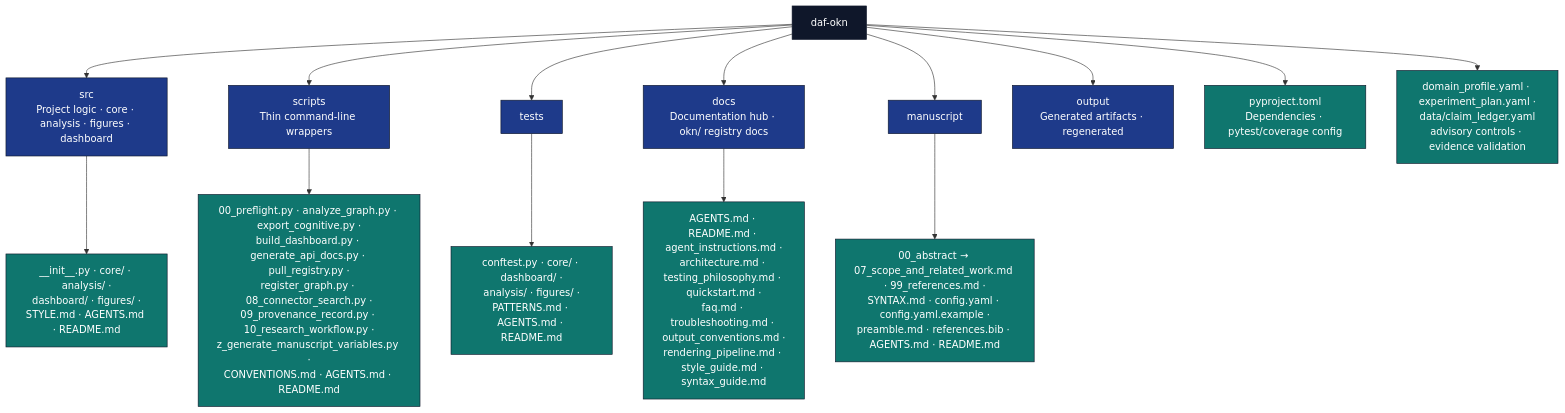
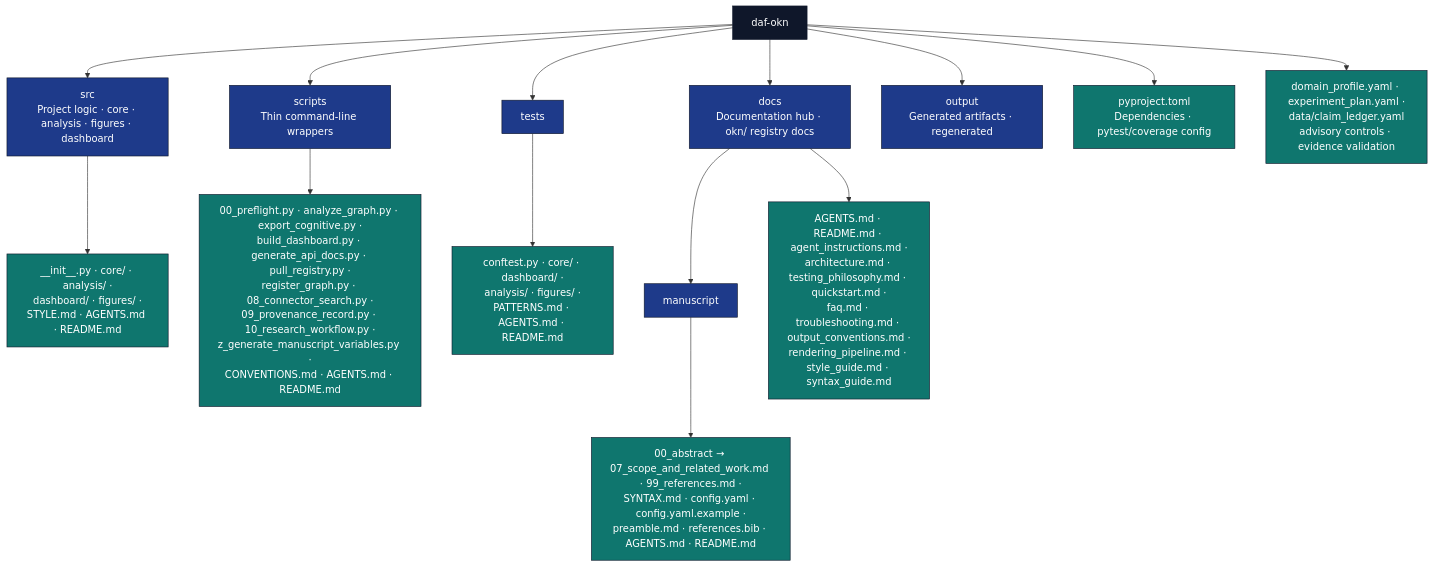
The diagram in AGENTS.md (docxology/daf-okn), drawn with Mermaid before and after one commit. The commit also changed other lines of this file and 51 other files, not shown here.

````diff
--- a/AGENTS.md
+++ b/AGENTS.md
@@ -107,25 +107,25 @@
 ```mermaid
 flowchart TB
     P[daf-okn]
     P --> SRC[src<br/>Project logic · core · analysis · figures · dashboard]
     P --> SC[scripts<br/>Thin command-line wrappers]
     P --> T[tests]
     P --> DOCS[docs<br/>Documentation hub · okn/ registry docs]
-    P --> M[manuscript]
+    DOCS --> M[manuscript]
     P --> OUT[output<br/>Generated artifacts · regenerated]
     P --> PY[pyproject.toml<br/>Dependencies · pytest/coverage config]
     P --> DP[domain_profile.yaml · experiment_plan.yaml ·<br/>data/claim_ledger.yaml<br/>advisory controls · evidence validation]
 
     SRC --> SRC_F["__init__.py · core/ · analysis/ ·<br/>dashboard/ · figures/ ·<br/>STYLE.md · AGENTS.md · README.md"]
     SC --> SC_F[00_preflight.py · analyze_graph.py · export_cognitive.py ·<br/>build_dashboard.py · generate_api_docs.py · pull_registry.py ·<br/>register_graph.py · 08_connector_search.py ·<br/>09_provenance_record.py · 10_research_workflow.py ·<br/>z_generate_manuscript_variables.py ·<br/>CONVENTIONS.md · AGENTS.md · README.md]
     T --> T_F["conftest.py · core/ · dashboard/ ·<br/>analysis/ · figures/ ·<br/>PATTERNS.md · AGENTS.md · README.md"]
     DOCS --> DOCS_F[AGENTS.md · README.md · agent_instructions.md ·<br/>architecture.md · testing_philosophy.md · quickstart.md ·<br/>faq.md · troubleshooting.md · output_conventions.md ·<br/>rendering_pipeline.md · style_guide.md · syntax_guide.md]
     M --> M_F[00_abstract → 07_scope_and_related_work.md · 99_references.md ·<br/>SYNTAX.md · config.yaml · config.yaml.example ·<br/>preamble.md · references.bib · AGENTS.md · README.md]
 
     classDef d fill:#0f172a,stroke:#0f172a,color:#fff
     classDef pkg fill:#1e3a8a,stroke:#0f172a,color:#fff
     classDef f fill:#0f766e,stroke:#0f172a,color:#fff
     class P d
     class SRC,SC,T,DOCS,M,OUT pkg
     class SRC_F,SC_F,T_F,DOCS_F,M_F,PY,DP f
 ```
````
